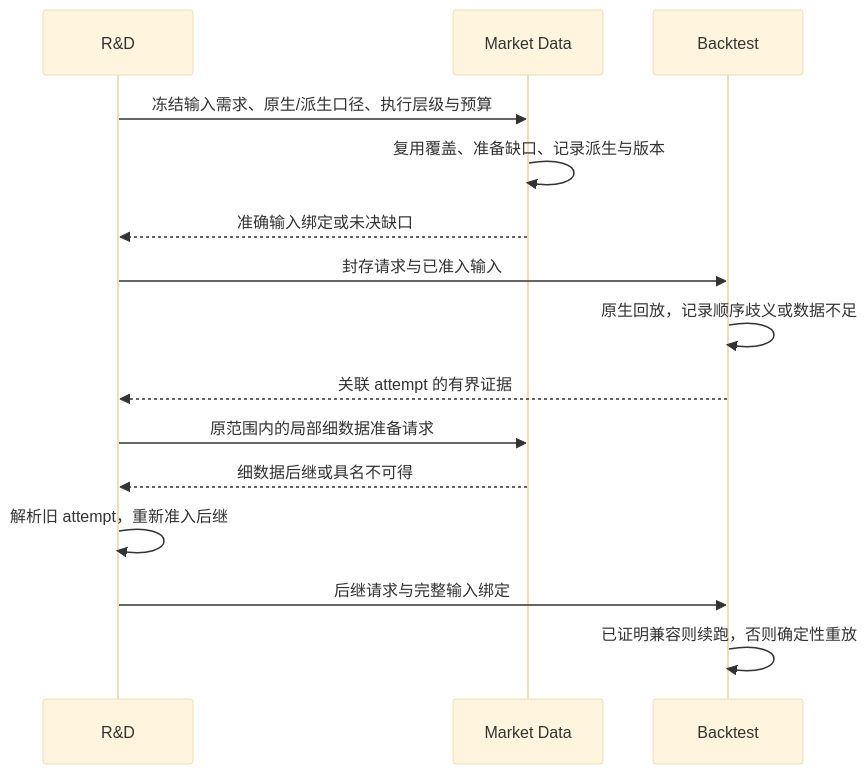
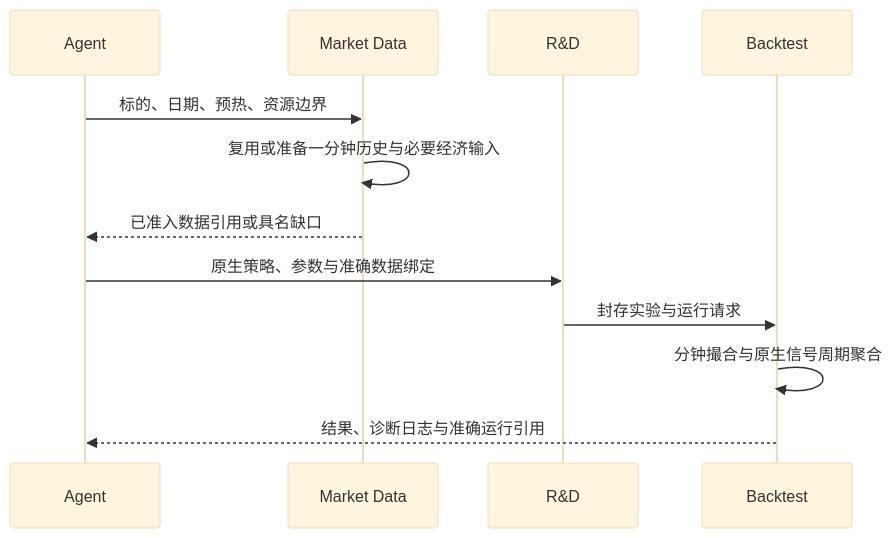
Before and after one commit to qOeOp/trade: the fourth of 4 diagrams in docs/owners/market-data.zh.md, drawn with Mermaid (base theme). The commit also changed other lines of this file and 56 other files, not shown here.

Commit message:
docs: simplify and unify product architecture documentation

````diff
--- a/docs/owners/market-data.zh.md
+++ b/docs/owners/market-data.zh.md
@@ -185,17 +346,14 @@
 ```mermaid
 sequenceDiagram
+    participant A as Agent
+    participant M as Market Data
     participant R as R&D
-    participant M as Market Data
     participant B as Backtest
-    R->>M: 冻结输入需求、原生/派生口径、执行层级与预算
-    M->>M: 复用覆盖、准备缺口、记录派生与版本
-    M-->>R: 准确输入绑定或未决缺口
-    R->>B: 封存请求与已准入输入
-    B->>B: 原生回放，记录顺序歧义或数据不足
-    B-->>R: 关联 attempt 的有界证据
-    R->>M: 原范围内的局部细数据准备请求
-    M-->>R: 细数据后继或具名不可得
-    R->>R: 解析旧 attempt，重新准入后继
-    R->>B: 后继请求与完整输入绑定
-    B->>B: 已证明兼容则续跑，否则确定性重放
+    A->>M: 标的、日期、预热、资源边界
+    M->>M: 复用或准备一分钟历史与必要经济输入
+    M-->>A: 已准入数据引用或具名缺口
+    A->>R: 原生策略、参数与准确数据绑定
+    R->>B: 封存实验与运行请求
+    B->>B: 分钟撮合与原生信号周期聚合
+    B-->>A: 结果、诊断日志与准确运行引用
 ```
````
